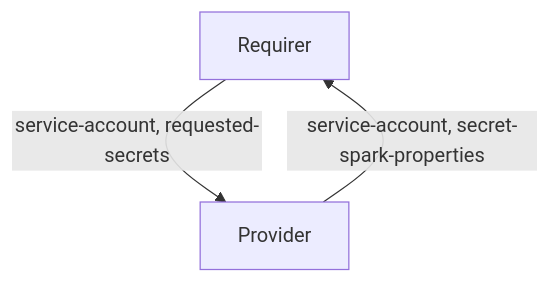
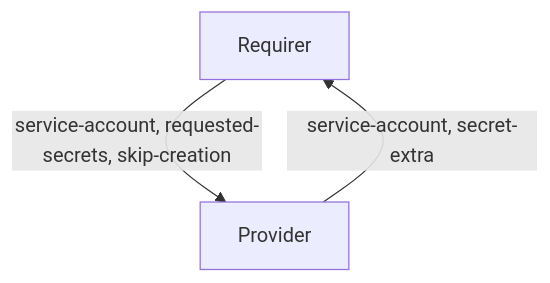
The diagram in interfaces/spark_service_account/v0/README.md (canonical/charm-relation-interfaces), drawn with Mermaid before and after one commit. The commit also changed other lines of this file and 3 other files, not shown here.

````diff
--- a/interfaces/spark_service_account/v0/README.md
+++ b/interfaces/spark_service_account/v0/README.md
@@ -9,5 +9,5 @@
 ```mermaid
 flowchart TD
-    Requirer -- service-account, requested-secrets --> Provider
-    Provider -- service-account, secret-spark-properties --> Requirer
+    Requirer -- service-account, requested-secrets, skip-creation --> Provider
+    Provider -- service-account, secret-extra --> Requirer
 ```
````
